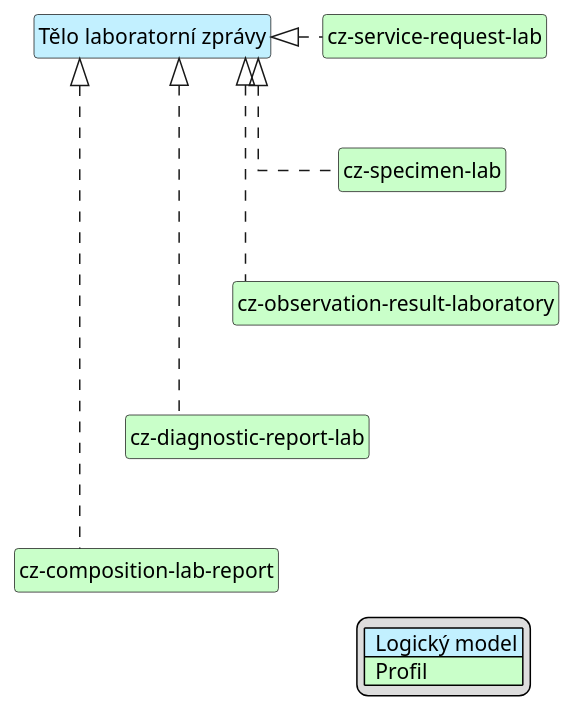
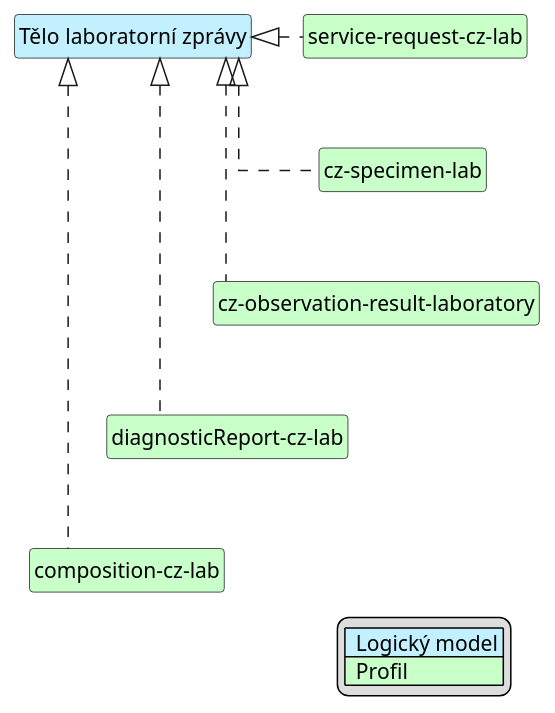
Before and after one commit to HL7-cz/cz-lab: the diagram in input/images-source/labReportBody-map-cs.plantuml, drawn with PlantUML. The commit also changed 3 other files, not shown here.

```diff
--- a/input/images-source/labReportBody-map-cs.plantuml
+++ b/input/images-source/labReportBody-map-cs.plantuml
@@ -1,33 +1,33 @@
 @startuml labReportBody-map-cs
 hide circle
 hide stereotype
 hide members
 hide methods
 skinparam linetype ortho
 skinparam class {
 BackgroundColor<<LogicalModel>> #APPLICATION
 BackgroundColor<<Profile>> #TECHNOLOGY
 }
 legend right
 | <#APPLICATION>  Logický model |
 | <#TECHNOLOGY>  Profil |
 endlegend
 class "Tělo laboratorní zprávy" <<LogicalModel>> [[StructureDefinition-LogLabReportCz.html]]
 
-class "cz-service-request-lab" <<Profile>> [[StructureDefinition-cz-service-request-lab.html]]
+class "service-request-cz-lab" <<Profile>> [[StructureDefinition-service-request-cz-lab.html]]
 class "cz-specimen-lab" <<Profile>> [[StructureDefinition-cz-specimen-lab.html]]
-class "cz-observation-result-laboratory" <<Profile>> [[StructureDefinition-cz-observation-result-laboratory.html]]
-class "cz-diagnostic-report-lab" <<Profile>> [[StructureDefinition-cz-diagnostic-report-lab.html]]
-class "cz-composition-lab-report" <<Profile>> [[StructureDefinition-cz-composition-lab-report.html]]
+class "cz-observation-result-laboratory" <<Profile>> [[StructureDefinition-observation-resultlab-cz-lab.html]]
+class "diagnosticReport-cz-lab" <<Profile>> [[StructureDefinition-diagnosticReport-cz-lab.html]]
+class "composition-cz-lab" <<Profile>> [[StructureDefinition-composition-cz-lab.html]]
 
-"Tělo laboratorní zprávy" <|. "cz-service-request-lab"
+"Tělo laboratorní zprávy" <|. "service-request-cz-lab"
 "Tělo laboratorní zprávy" <|. "cz-specimen-lab"
 "Tělo laboratorní zprávy" <|. "cz-observation-result-laboratory"
-"Tělo laboratorní zprávy" <|. "cz-diagnostic-report-lab"
-"Tělo laboratorní zprávy" <|. "cz-composition-lab-report"
+"Tělo laboratorní zprávy" <|. "diagnosticReport-cz-lab"
+"Tělo laboratorní zprávy" <|. "composition-cz-lab"
 
-"cz-service-request-lab" -d[hidden]-> "cz-specimen-lab"
+"service-request-cz-lab" -d[hidden]-> "cz-specimen-lab"
 "cz-specimen-lab" -d[hidden]-> "cz-observation-result-laboratory"
-"cz-observation-result-laboratory" -d[hidden]-> "cz-diagnostic-report-lab"
-"cz-diagnostic-report-lab" -d[hidden]-> "cz-composition-lab-report"
+"cz-observation-result-laboratory" -d[hidden]-> "diagnosticReport-cz-lab"
+"diagnosticReport-cz-lab" -d[hidden]-> "composition-cz-lab"
 @enduml
```
